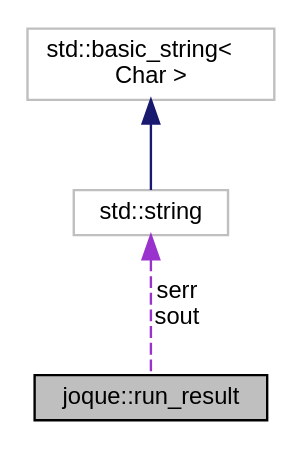
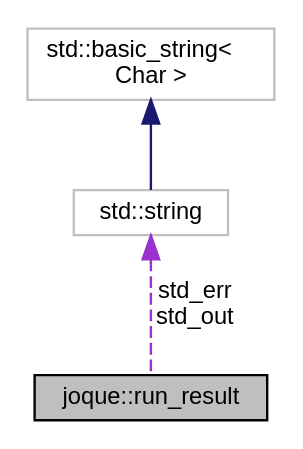
The diagram in structjoque_1_1run__result__coll__graph.dot (koniarik/joque), drawn with Graphviz before and after one commit. The commit also changed 154 other files, not shown here.

```diff
--- a/structjoque_1_1run__result__coll__graph.dot
+++ b/structjoque_1_1run__result__coll__graph.dot
@@ -1,11 +1,11 @@
 digraph "joque::run_result"
 {
  // LATEX_PDF_SIZE
   edge [fontname="Helvetica",fontsize="10",labelfontname="Helvetica",labelfontsize="10"];
   node [fontname="Helvetica",fontsize="10",shape=record];
-  Node1 [label="joque::run_result",height=0.2,width=0.4,color="black", fillcolor="grey75", style="filled", fontcolor="black",tooltip=" "];
-  Node2 -> Node1 [dir="back",color="darkorchid3",fontsize="10",style="dashed",label=" serr\nsout" ,fontname="Helvetica"];
+  Node1 [label="joque::run_result",height=0.2,width=0.4,color="black", fillcolor="grey75", style="filled", fontcolor="black",tooltip="Result of single traits run call. Information is stored in run record."];
+  Node2 -> Node1 [dir="back",color="darkorchid3",fontsize="10",style="dashed",label=" std_err\nstd_out" ,fontname="Helvetica"];
   Node2 [label="std::string",height=0.2,width=0.4,color="grey75", fillcolor="white", style="filled",tooltip=" "];
   Node3 -> Node2 [dir="back",color="midnightblue",fontsize="10",style="solid",fontname="Helvetica"];
   Node3 [label="std::basic_string\<\l Char \>",height=0.2,width=0.4,color="grey75", fillcolor="white", style="filled",tooltip=" "];
 }
```
